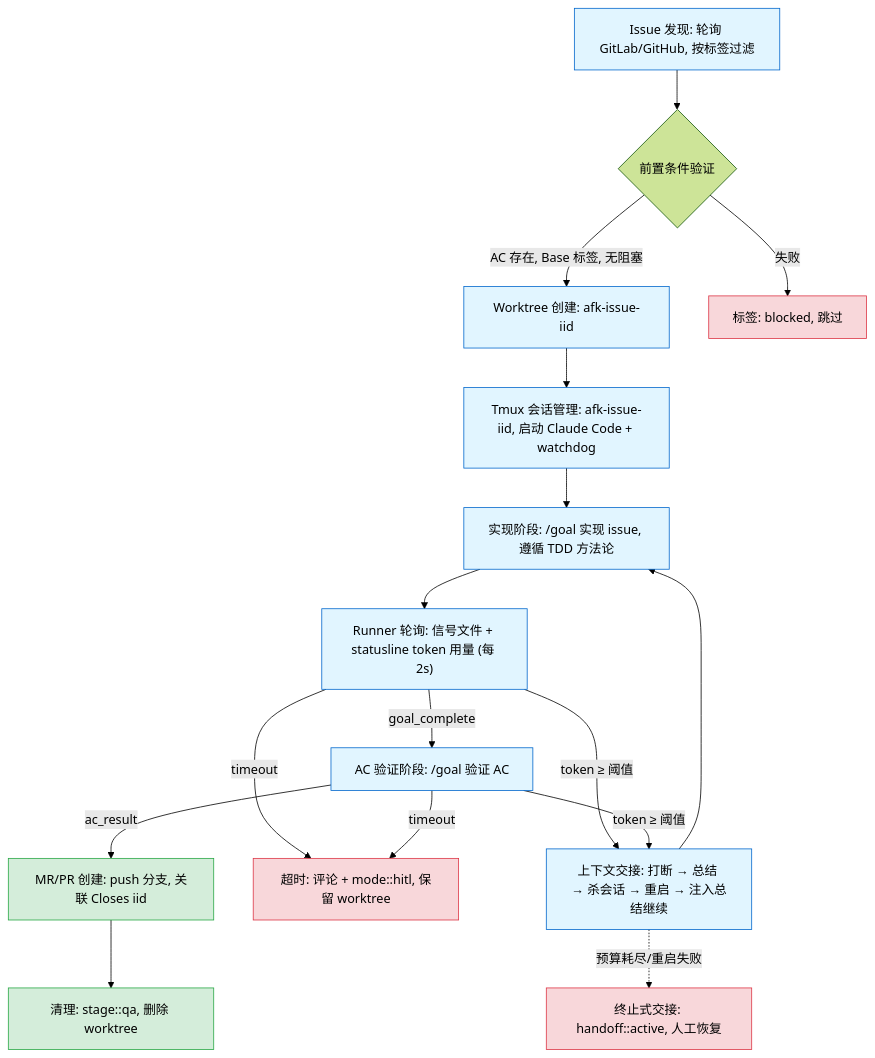
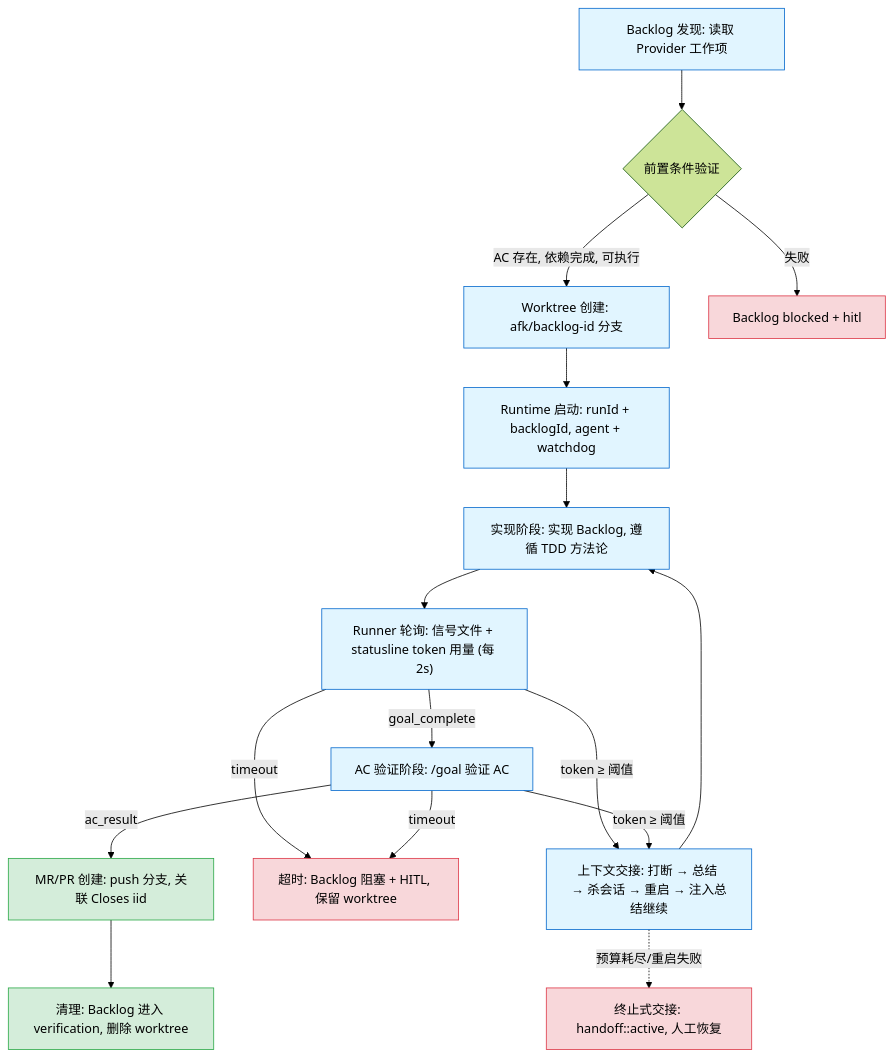
One commit to easyhaloo/afk changed the first of 9 diagrams in docs/WORKFLOWS_zh.md. Above: the diagram before and after it, drawn with Mermaid (forest theme). The commit also changed other lines of this file and 87 other files, not shown here.

Commit message:
feat(backlog): link work items with runtime execution

````diff
--- a/docs/WORKFLOWS_zh.md
+++ b/docs/WORKFLOWS_zh.md
@@ -51,31 +47,31 @@
 ```mermaid
 flowchart TD
-    A["Issue 发现: 轮询 GitLab/GitHub, 按标签过滤"] --> B{"前置条件验证"}
-    B -->|"AC 存在, Base 标签, 无阻塞"| C["Worktree 创建: afk-issue-iid"]
-    B -->|失败| Z1["标签: blocked, 跳过"]
+    A["Backlog 发现: 读取 Provider 工作项"] --> B{"前置条件验证"}
+    B -->|"AC 存在, 依赖完成, 可执行"| C["Worktree 创建: afk/backlog-id 分支"]
+    B -->|失败| Z1["Backlog blocked + hitl"]
 
-    C --> D["Tmux 会话管理: afk-issue-iid, 启动 Claude Code + watchdog"]
-    D --> E["实现阶段: /goal 实现 issue, 遵循 TDD 方法论"]
+    C --> D["Runtime 启动: runId + backlogId, agent + watchdog"]
+    D --> E["实现阶段: 实现 Backlog, 遵循 TDD 方法论"]
     E --> F["Runner 轮询: 信号文件 + statusline token 用量 (每 2s)"]
 
     F -->|goal_complete| G["AC 验证阶段: /goal 验证 AC"]
     F -->|"token ≥ 阈值"| H["上下文交接: 打断 → 总结 → 杀会话 → 重启 → 注入总结继续"]
-    F -->|timeout| Z2["超时: 评论 + mode::hitl, 保留 worktree"]
+    F -->|timeout| Z2["超时: Backlog 阻塞 + HITL, 保留 worktree"]
 
     G -->|ac_result| I["MR/PR 创建: push 分支, 关联 Closes iid"]
     G -->|"token ≥ 阈值"| H
     G -->|timeout| Z2
 
     H --> E
     H -.->|"预算耗尽/重启失败"| Z3["终止式交接: handoff::active, 人工恢复"]
 
-    I --> J["清理: stage::qa, 删除 worktree"]
+    I --> J["清理: Backlog 进入 verification, 删除 worktree"]
 
     classDef success fill:#d4edda,stroke:#28a745
     classDef fail fill:#f8d7da,stroke:#dc3545
     classDef process fill:#e1f5ff,stroke:#0066cc
 
     class I,J success
     class Z1,Z2,Z3 fail
     class A,C,D,E,F,G,H process
 ```
````
